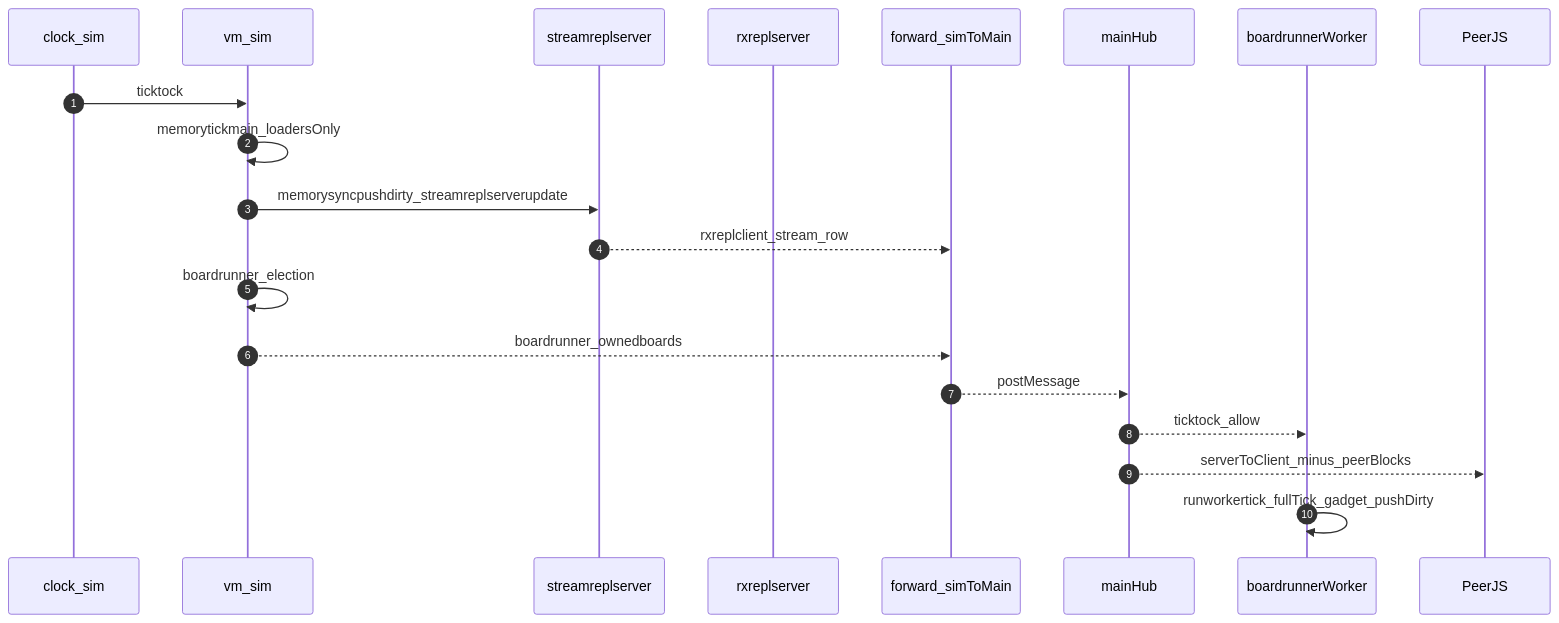
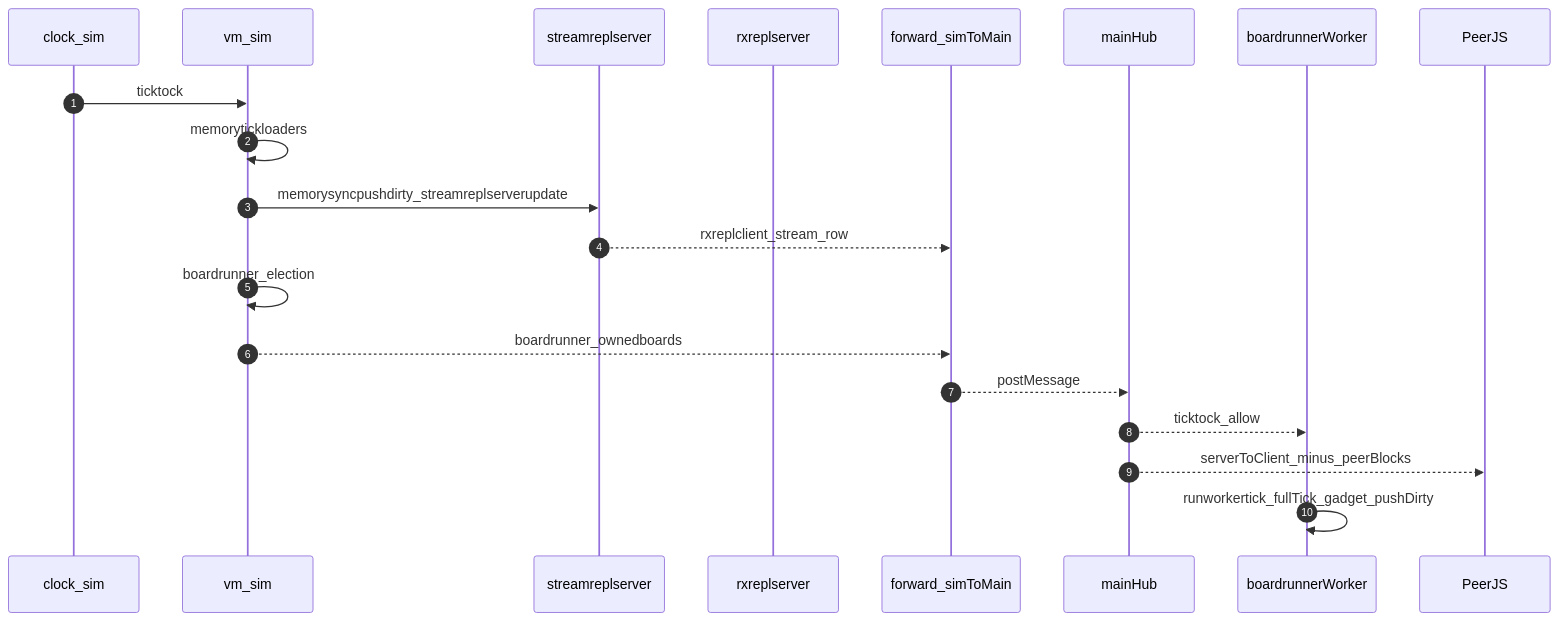
Before and after one commit to goldbuick/zed-software-system: the second of 4 diagrams in zss/device/docs/host-vs-join-architecture.md, drawn with Mermaid. The commit also changed other lines of this file and 34 other files, not shown here.

````diff
--- a/zss/device/docs/host-vs-join-architecture.md
+++ b/zss/device/docs/host-vs-join-architecture.md
@@ -236,23 +236,23 @@
 ```mermaid
 sequenceDiagram
   autonumber
   participant CLK as clock_sim
   participant VM as vm_sim
   participant STR as streamreplserver
   participant RXS as rxreplserver
   participant FWD as forward_simToMain
   participant MAIN as mainHub
   participant BR as boardrunnerWorker
   participant PEER as PeerJS
 
   CLK->>VM: ticktock
-  VM->>VM: memorytickmain_loadersOnly
+  VM->>VM: memorytickloaders
   VM->>STR: memorysyncpushdirty_streamreplserverupdate
   STR-->>FWD: rxreplclient_stream_row
   VM->>VM: boardrunner_election
   VM-->>FWD: boardrunner_ownedboards
   FWD-->>MAIN: postMessage
   MAIN-->>BR: ticktock_allow
   MAIN-->>PEER: serverToClient_minus_peerBlocks
   BR->>BR: runworkertick_fullTick_gadget_pushDirty
 ```
````
